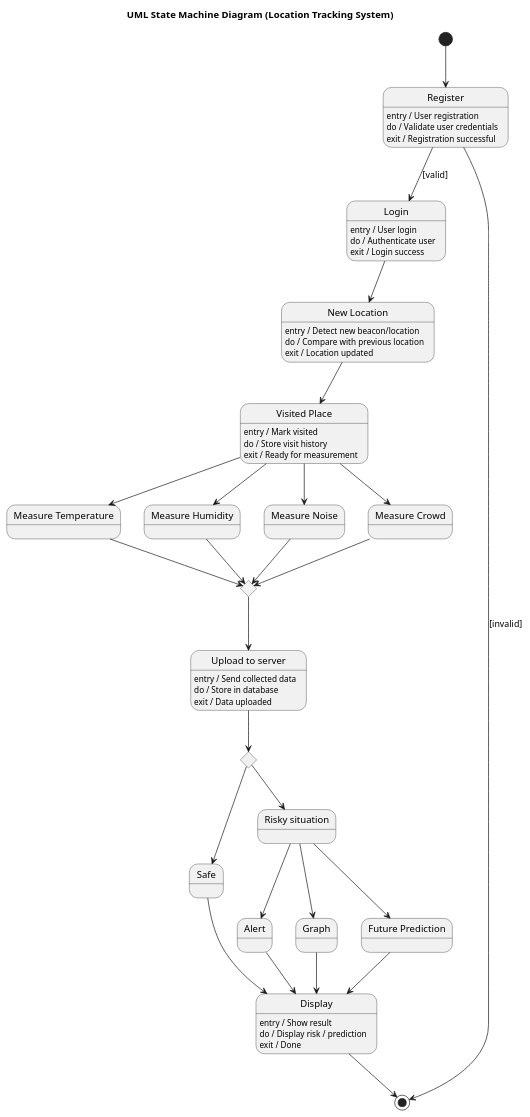
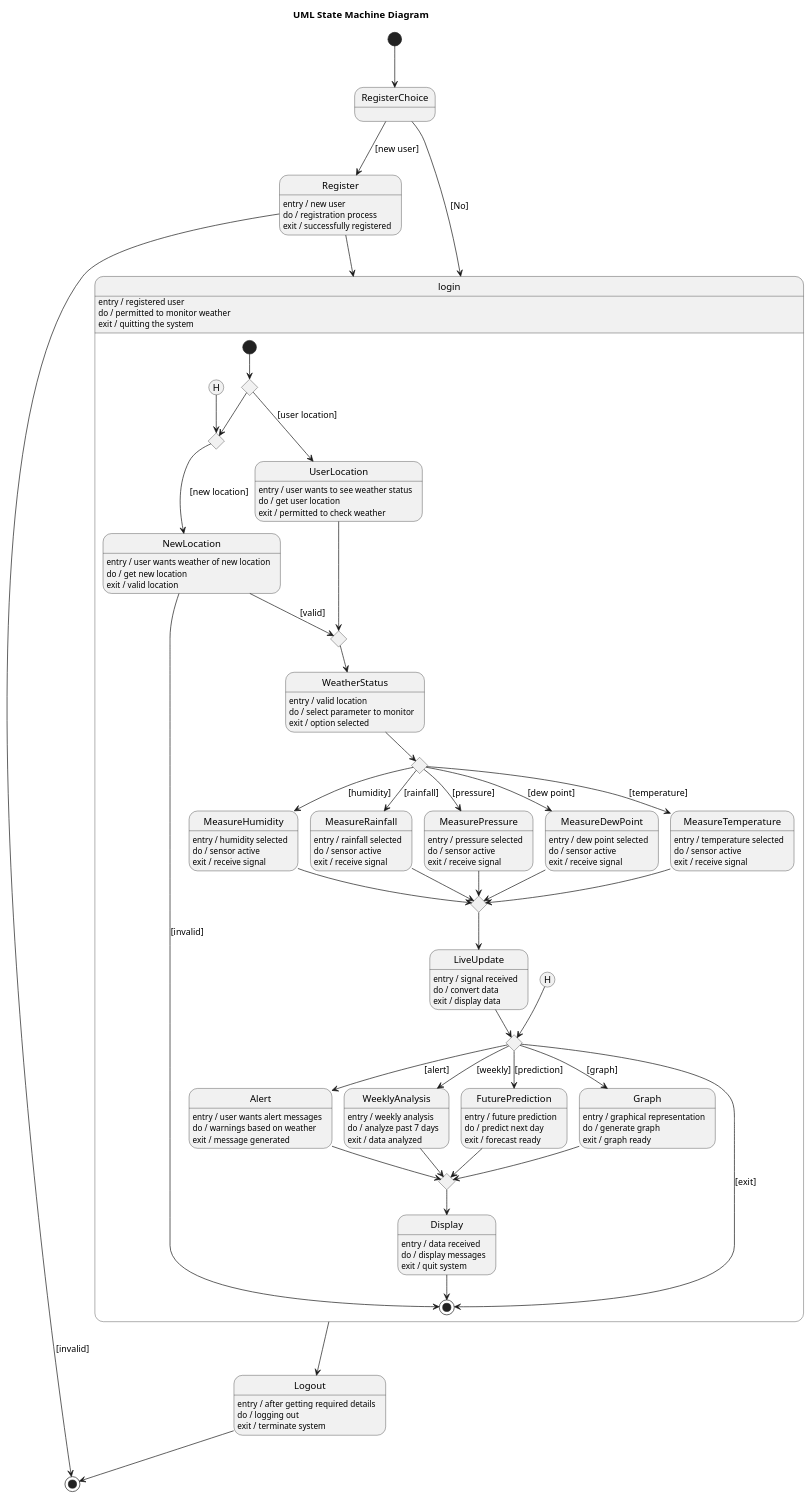
One commit to maimunafaria/State_transition_Diagram_generated_by_LLM changed the diagram in dataset/case_13_weather_monitoring_system/diagram.puml. Above: the diagram before and after it, drawn with PlantUML. The commit also changed 15 other files, not shown here.

```diff
--- a/dataset/case_13_weather_monitoring_system/diagram.puml
+++ b/dataset/case_13_weather_monitoring_system/diagram.puml
@@ -1,103 +1,154 @@
 @startuml
-title UML State Machine Diagram (Location Tracking System)
+title UML State Machine Diagram
 
-'-----------------------
-' Initial Flow
-'-----------------------
-[*] --> Register
+[*] --> RegisterChoice
+
+state RegisterChoice <<choice>>
+
+RegisterChoice --> Register : [new user]
+RegisterChoice --> LoginComposite : [No]
 
 state Register
-Register : entry / User registration
-Register : do / Validate user credentials
-Register : exit / Registration successful
+Register : entry / new user
+Register : do / registration process
+Register : exit / successfully registered
 
-Register --> Login : [valid]
 Register --> [*] : [invalid]
+Register --> LoginComposite
+state "login" as LoginComposite {
 
-state Login
-Login : entry / User login
-Login : do / Authenticate user
-Login : exit / Login success
+  LoginComposite : entry / registered user
+  LoginComposite : do / permitted to monitor weather
+  LoginComposite : exit / quitting the system
 
-Login --> NewLocation
+  state H <<history>>
+  state startChoice <<choice>>
+  state startChoice1 <<choice>>
+  state locationChoice <<choice>>
+  [*] --> startChoice
 
-'-----------------------
-' Location Handling
-'-----------------------
-state "New Location" as NewLocation
-NewLocation : entry / Detect new beacon/location
-NewLocation : do / Compare with previous location
-NewLocation : exit / Location updated
+  startChoice --> UserLocation : [user location]
+  startChoice --> startChoice1
+  state UserLocation
+  UserLocation : entry / user wants to see weather status
+  UserLocation : do / get user location
+  UserLocation : exit / permitted to check weather
+  H --> startChoice1
+  startChoice1 --> NewLocation : [new location]
+  NewLocation --> locationChoice : [valid]
+  UserLocation --> locationChoice
+  state NewLocation
+  NewLocation : entry / user wants weather of new location
+  NewLocation : do / get new location
+  NewLocation : exit / valid location
 
-state "Visited Place" as Visited
-Visited : entry / Mark visited
-Visited : do / Store visit history
-Visited : exit / Ready for measurement
+  locationChoice --> WeatherStatus 
+  NewLocation --> [*] : [invalid]
 
-NewLocation --> Visited
+  state WeatherStatus
+  WeatherStatus : entry / valid location
+  WeatherStatus : do / select parameter to monitor
+  WeatherStatus : exit / option selected
 
-'-----------------------
-' Measurements
-'-----------------------
-state "Measure Temperature" as Temp
-state "Measure Humidity" as Hum
-state "Measure Noise" as Noise
-state "Measure Crowd" as Crowd
+  state SensorChoice <<choice>>
 
-Visited --> Temp
-Visited --> Hum
-Visited --> Noise
-Visited --> Crowd
+  WeatherStatus --> SensorChoice
 
-state Merge1 <<choice>>
+  SensorChoice --> MeasureTemperature : [temperature]
+  SensorChoice --> MeasureHumidity : [humidity]
+  SensorChoice --> MeasureRainfall : [rainfall]
+  SensorChoice --> MeasurePressure : [pressure]
+  SensorChoice --> MeasureDewPoint : [dew point]
 
-Temp --> Merge1
-Hum --> Merge1
-Noise --> Merge1
-Crowd --> Merge1
+  state MeasureTemperature
+  MeasureTemperature : entry / temperature selected
+  MeasureTemperature : do / sensor active
+  MeasureTemperature : exit / receive signal
 
-'-----------------------
-' Upload Data
-'-----------------------
-state "Upload to server" as Upload
-Upload : entry / Send collected data
-Upload : do / Store in database
-Upload : exit / Data uploaded
+  state MeasureHumidity
+  MeasureHumidity : entry / humidity selected
+  MeasureHumidity : do / sensor active
+  MeasureHumidity : exit / receive signal
 
-Merge1 --> Upload
+  state MeasureRainfall
+  MeasureRainfall : entry / rainfall selected
+  MeasureRainfall : do / sensor active
+  MeasureRainfall : exit / receive signal
 
-'-----------------------
-' Risk Analysis
-'-----------------------
-state ChoiceRisk <<choice>>
-Upload --> ChoiceRisk
+  state MeasurePressure
+  MeasurePressure : entry / pressure selected
+  MeasurePressure : do / sensor active
+  MeasurePressure : exit / receive signal
 
-state "Safe" as Safe
-state "Risky situation" as Risk
-state "Alert" as Alert
-state "Graph" as Graph
-state "Future Prediction" as Prediction
+  state MeasureDewPoint
+  MeasureDewPoint : entry / dew point selected
+  MeasureDewPoint : do / sensor active
+  MeasureDewPoint : exit / receive signal
+  state LiveUpdateChoice <<choice>>
 
-ChoiceRisk --> Safe
-ChoiceRisk --> Risk
+  MeasureTemperature --> LiveUpdateChoice
+  MeasureHumidity --> LiveUpdateChoice
+  MeasureRainfall --> LiveUpdateChoice
+  MeasurePressure --> LiveUpdateChoice
+  MeasureDewPoint --> LiveUpdateChoice
 
-Risk --> Alert
-Risk --> Graph
-Risk --> Prediction
+  LiveUpdateChoice --> LiveUpdate
+  state LiveUpdate
+  LiveUpdate : entry / signal received
+  LiveUpdate : do / convert data
+  LiveUpdate : exit / display data
 
-Safe --> Display
-Alert --> Display
-Graph --> Display
-Prediction --> Display
+  state AnalysisChoice <<choice>>
 
-'-----------------------
-' Display Results
-'-----------------------
-state Display
-Display : entry / Show result
-Display : do / Display risk / prediction
-Display : exit / Done
+  LiveUpdate --> AnalysisChoice
+  state H1 <<history>>
+  H1 --> AnalysisChoice
+  AnalysisChoice --> Alert : [alert]
+  AnalysisChoice --> WeeklyAnalysis : [weekly]
+  AnalysisChoice --> FuturePrediction : [prediction]
+  AnalysisChoice --> Graph : [graph]
+  AnalysisChoice --> [*] : [exit]
 
-Display --> [*]
+  state Alert
+  Alert : entry / user wants alert messages
+  Alert : do / warnings based on weather
+  Alert : exit / message generated
+
+  state WeeklyAnalysis
+  WeeklyAnalysis : entry / weekly analysis
+  WeeklyAnalysis : do / analyze past 7 days
+  WeeklyAnalysis : exit / data analyzed
+
+  state FuturePrediction
+  FuturePrediction : entry / future prediction
+  FuturePrediction : do / predict next day
+  FuturePrediction : exit / forecast ready
+
+  state Graph
+  Graph : entry / graphical representation
+  Graph : do / generate graph
+  Graph : exit / graph ready
+  state DisplayChoice <<choice>>
+  Alert --> DisplayChoice
+  WeeklyAnalysis --> DisplayChoice
+  FuturePrediction --> DisplayChoice
+  Graph --> DisplayChoice
+  DisplayChoice --> Display
+  state Display
+  Display : entry / data received
+  Display : do / display messages
+  Display : exit / quit system
+  Display --> [*]
+
+}
+
+LoginComposite --> Logout
+
+state Logout
+Logout : entry / after getting required details
+Logout : do / logging out
+Logout : exit / terminate system
+
+Logout --> [*]
 
 @enduml
```
